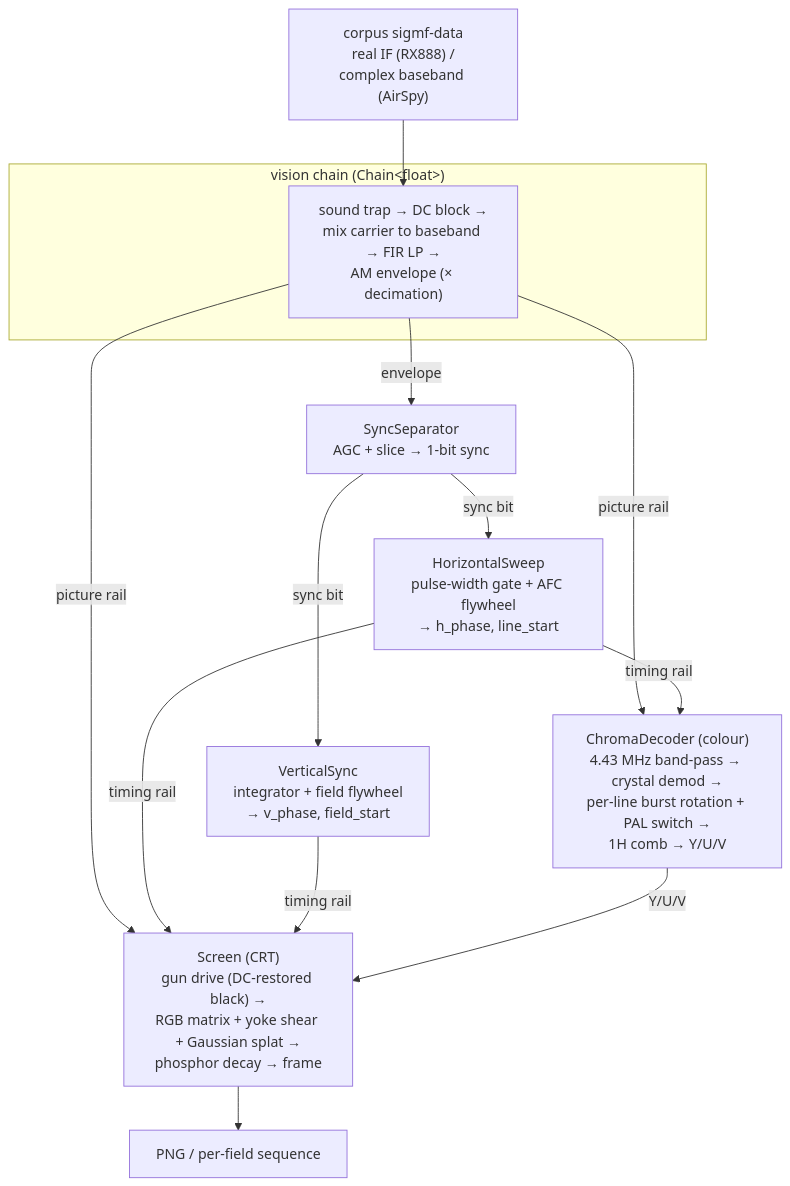
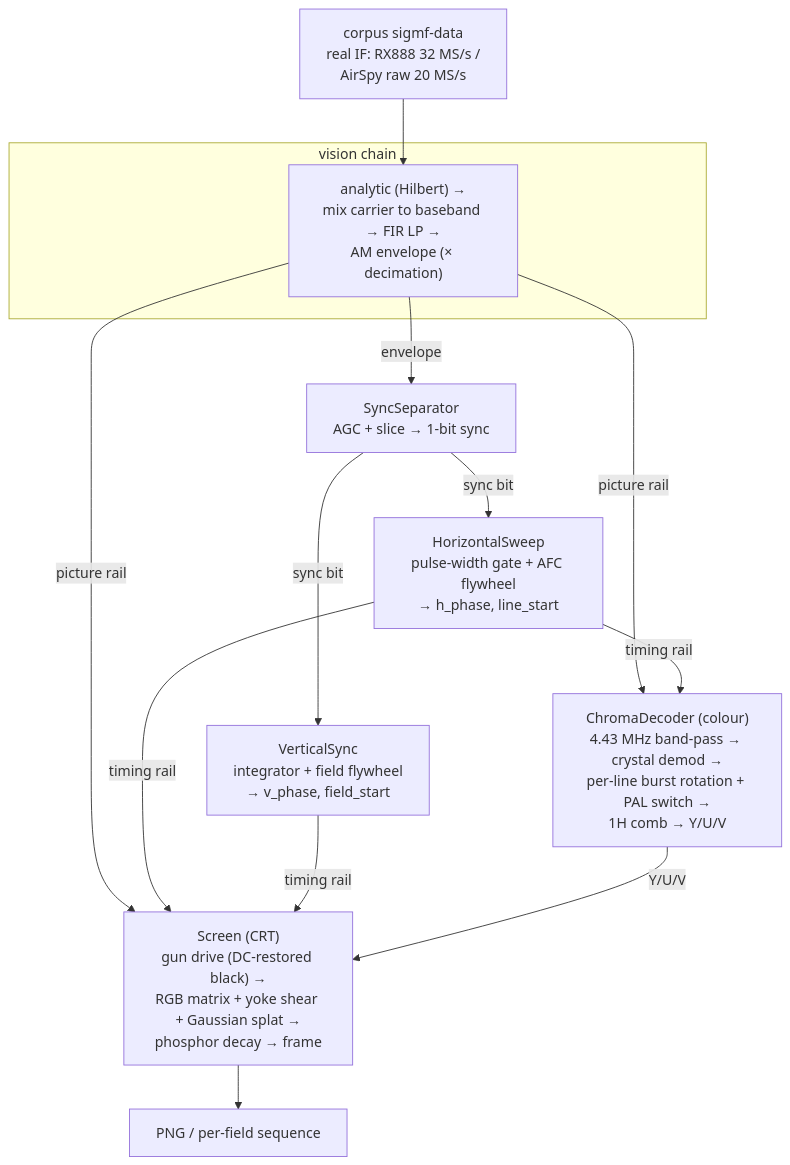
One commit to mattgodbolt/PALindrome changed the diagram in README.md. Above: the diagram before and after it, drawn with Mermaid. The commit also changed other lines of this file and 20 other files, not shown here.

First line of the commit message:
AirSpy colour via raw 20 MS/s real + a single analytic demodulator (#18)

````diff
--- a/README.md
+++ b/README.md
@@ -106,19 +110,19 @@
 ```mermaid
 flowchart TD
-    SIGMF["corpus sigmf-data<br/>real IF (RX888) /<br/>complex baseband (AirSpy)"] --> VIS
+    SIGMF["corpus sigmf-data<br/>real IF: RX888 32 MS/s /<br/>AirSpy raw 20 MS/s"] --> VIS
 
-    subgraph vis["vision chain (Chain&lt;float&gt;)"]
-      VIS["sound trap → DC block →<br/>mix carrier to baseband → FIR LP →<br/>AM envelope (× decimation)"]
+    subgraph vis["vision chain"]
+      VIS["analytic (Hilbert) →<br/>mix carrier to baseband → FIR LP →<br/>AM envelope (× decimation)"]
     end
 
     VIS -->|envelope| SEP["SyncSeparator<br/>AGC + slice → 1-bit sync"]
     VIS -->|picture rail| SCR
     VIS -->|picture rail| CH["ChromaDecoder (colour)<br/>4.43 MHz band-pass → crystal demod →<br/>per-line burst rotation + PAL switch →<br/>1H comb → Y/U/V"]
     SEP -->|sync bit| HS["HorizontalSweep<br/>pulse-width gate + AFC flywheel<br/>→ h_phase, line_start"]
     SEP -->|sync bit| VS["VerticalSync<br/>integrator + field flywheel<br/>→ v_phase, field_start"]
     HS -->|timing rail| CH
     HS -->|timing rail| SCR["Screen (CRT)<br/>gun drive (DC-restored black) →<br/>RGB matrix + yoke shear + Gaussian splat →<br/>phosphor decay → frame"]
     VS -->|timing rail| SCR
     CH -->|Y/U/V| SCR
     SCR --> PNG["PNG / per-field sequence"]
 ```
````
